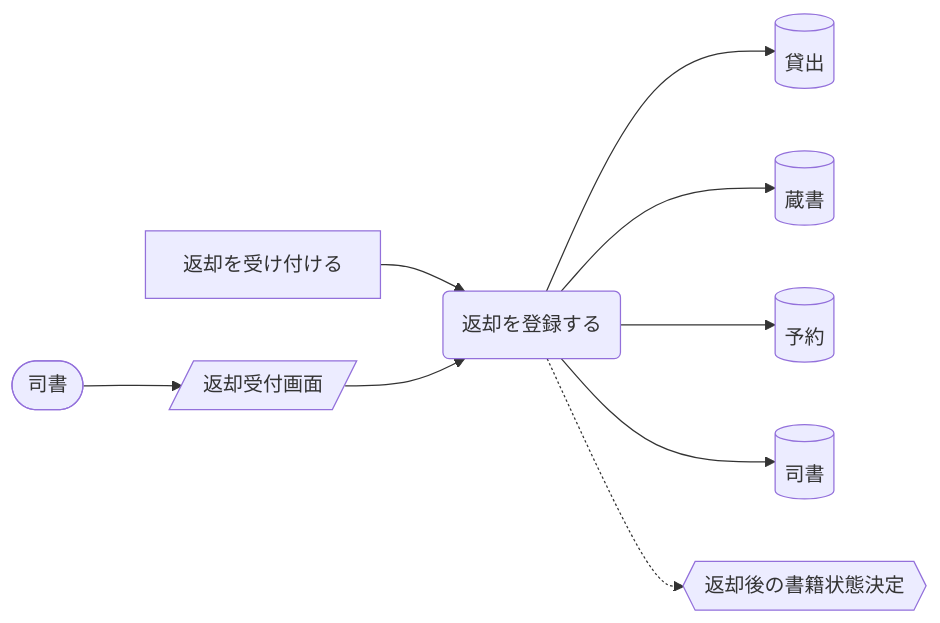
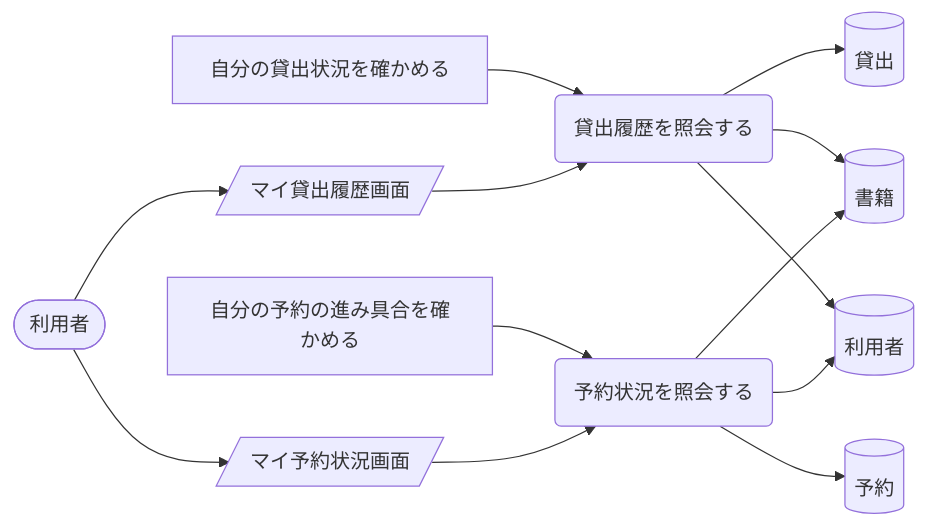
Before and after one commit to suwa-sh/suwa-sh-claude-plugins: the fourth of 9 diagrams in samples/distillery2/library-loan/docs/requirements/rdra/views/04_UC複合図.md, drawn with Mermaid. The commit also changed other lines of this file and 249 other files, not shown here.

````diff
--- a/samples/distillery2/library-loan/docs/requirements/rdra/views/04_UC複合図.md
+++ b/samples/distillery2/library-loan/docs/requirements/rdra/views/04_UC複合図.md
@@ -195,20 +141,26 @@
 ```mermaid
 graph LR
-  UC1("返却を登録する")
-  AT1["返却を受け付ける"]
+  UC1("貸出履歴を照会する")
+  AT1["自分の貸出状況を確かめる"]
   IF1[("貸出")]
-  IF2[("蔵書")]
-  IF3[("予約")]
-  IF4[("司書")]
-  CD1{{"返却後の書籍状態決定"}}
-  SC1[/"返却受付画面"/]
-  AC1(["司書"])
+  IF2[("書籍")]
+  IF3[("利用者")]
+  SC1[/"マイ貸出履歴画面"/]
+  AC1(["利用者"])
+  UC2("予約状況を照会する")
+  AT2["自分の予約の進み具合を確かめる"]
+  IF4[("予約")]
+  SC2[/"マイ予約状況画面"/]
   AT1 --> UC1
   UC1 --> IF1
   UC1 --> IF2
   UC1 --> IF3
-  UC1 --> IF4
-  UC1 -.-> CD1
   AC1 --> SC1
   SC1 --> UC1
+  AT2 --> UC2
+  UC2 --> IF4
+  UC2 --> IF2
+  UC2 --> IF3
+  AC1 --> SC2
+  SC2 --> UC2
 ```
````
